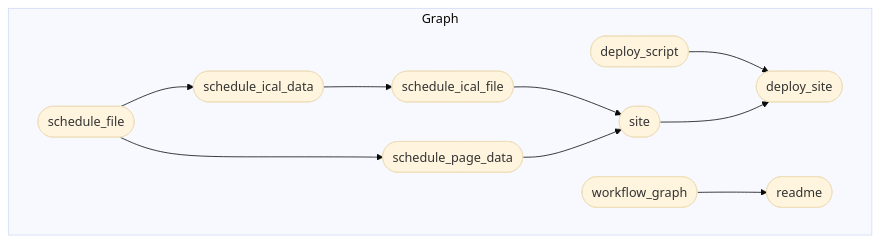
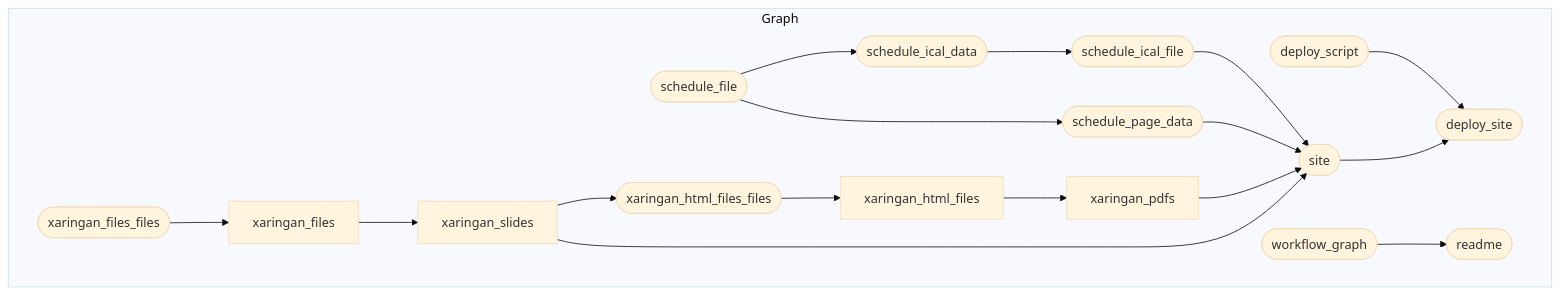
Before and after one commit to shamindras/sure2023: the diagram in README.md, drawn with Mermaid (base theme). The commit also changed other lines of this file and 8 other files, not shown here.

````diff
--- a/README.md
+++ b/README.md
@@ -72,14 +71,21 @@
 ``` mermaid
 graph LR
   subgraph Graph
     direction LR
     x9c20b8c56debbe9a(["deploy_script"]):::skipped --> x78f3e0b711425f1c(["deploy_site"]):::queued
     x7aa56383a054e8ba(["site"]):::queued --> x78f3e0b711425f1c(["deploy_site"]):::queued
+    x4a210bdf90796bca(["xaringan_files_files"]):::built --> xf4774655f169db90["xaringan_files"]:::queued
     x4d31f5a49d5ae49f(["schedule_ical_file"]):::queued --> x7aa56383a054e8ba(["site"]):::queued
     x063edd335cc1b36f(["schedule_page_data"]):::queued --> x7aa56383a054e8ba(["site"]):::queued
+    xccbb2c85646c611a["xaringan_pdfs"]:::queued --> x7aa56383a054e8ba(["site"]):::queued
+    x60c212b45249134a["xaringan_slides"]:::queued --> x7aa56383a054e8ba(["site"]):::queued
     xf38d3f5e6365ad72(["workflow_graph"]):::started --> x6e52cb0f1668cc22(["readme"]):::queued
+    x0751853b619def05["xaringan_html_files"]:::queued --> xccbb2c85646c611a["xaringan_pdfs"]:::queued
     xdf832f8e1f99baf2(["schedule_file"]):::queued --> x063edd335cc1b36f(["schedule_page_data"]):::queued
+    xf4774655f169db90["xaringan_files"]:::queued --> x60c212b45249134a["xaringan_slides"]:::queued
     xdf832f8e1f99baf2(["schedule_file"]):::queued --> x35552a73efe9c59f(["schedule_ical_data"]):::queued
+    x7a0d40becb063bda(["xaringan_html_files_files"]):::queued --> x0751853b619def05["xaringan_html_files"]:::queued
     x35552a73efe9c59f(["schedule_ical_data"]):::queued --> x4d31f5a49d5ae49f(["schedule_ical_file"]):::queued
+    x60c212b45249134a["xaringan_slides"]:::queued --> x7a0d40becb063bda(["xaringan_html_files_files"]):::queued
   end
 ```
````
